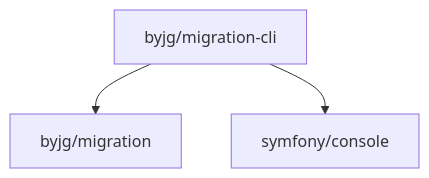
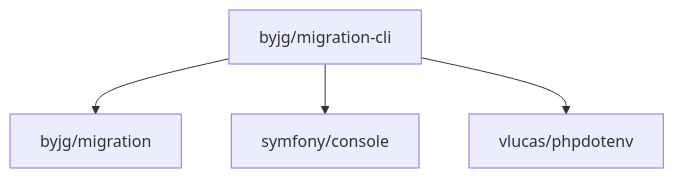
One commit to byjg/php-migration-cli changed the diagram in README.md. Above: the diagram before and after it, drawn with Mermaid. The commit also changed other lines of this file and 4 other files, not shown here.

````diff
--- a/README.md
+++ b/README.md
@@ -153,5 +139,6 @@
 ```mermaid
 flowchart TD
     byjg/migration-cli --> byjg/migration
     byjg/migration-cli --> symfony/console
+    byjg/migration-cli --> vlucas/phpdotenv
 ```
````
